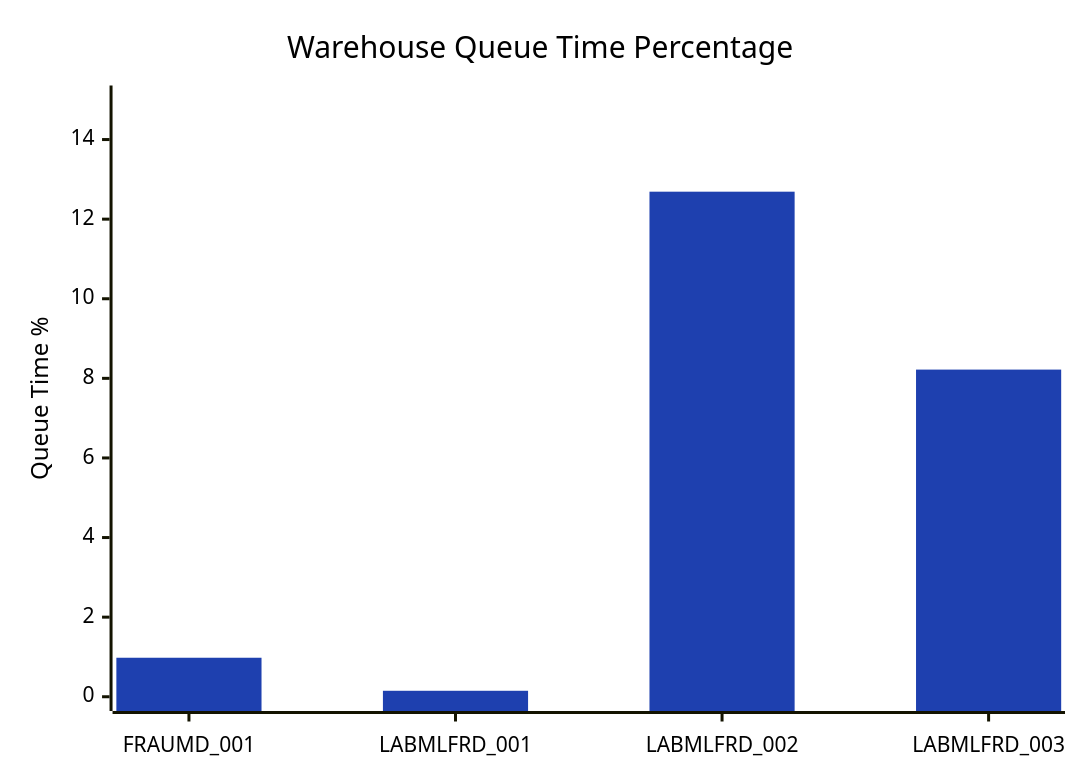
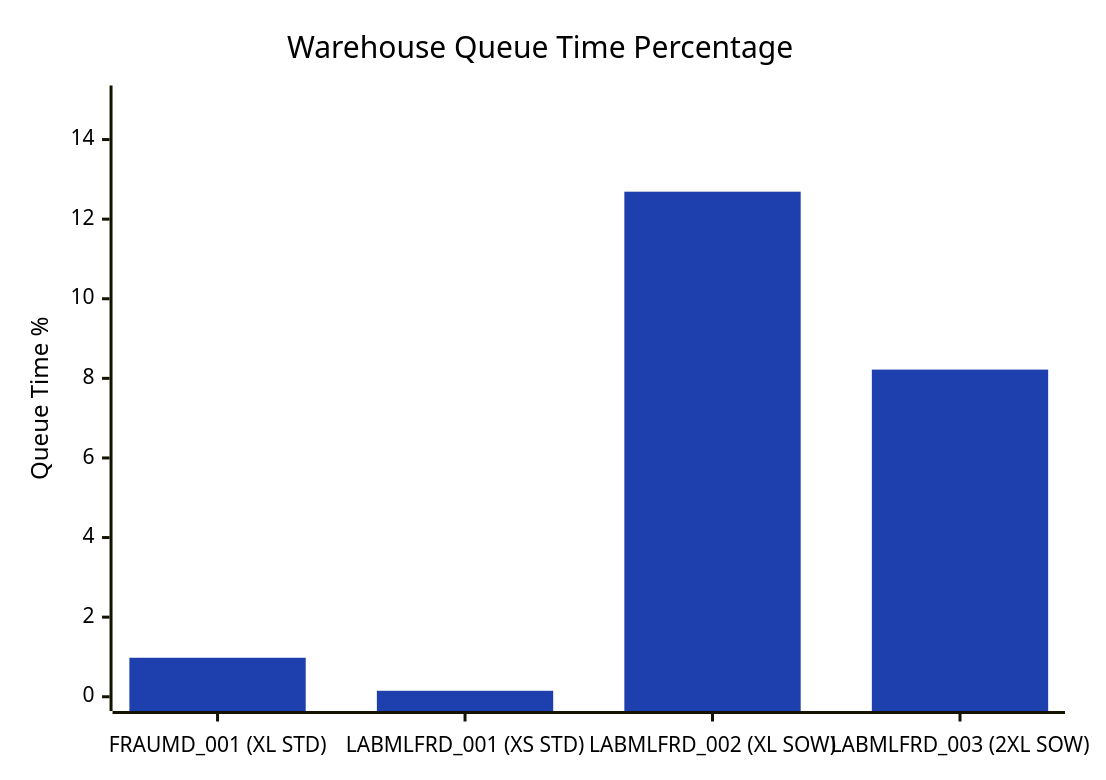
The first of 9 diagrams in WH Analysis/FRAUMD_Warehouse_Analysis_Guide.md (sfc-gh-mhindi/REPO_CBA), drawn with Mermaid before and after one commit. The commit also changed other lines of this file, not shown here.

````diff
--- a/WH Analysis/FRAUMD_Warehouse_Analysis_Guide.md
+++ b/WH Analysis/FRAUMD_Warehouse_Analysis_Guide.md
@@ -79,8 +79,8 @@
 ```mermaid
 %%{init: {'theme':'base', 'themeVariables': { 'primaryColor': '#1e40af', 'primaryTextColor': '#000000', 'primaryBorderColor': '#1e3a8a', 'lineColor': '#000000', 'secondaryColor': '#059669', 'tertiaryColor': '#f8fafc', 'background': '#ffffff', 'fontFamily': 'Arial', 'xyChart': {'backgroundColor': '#ffffff', 'titleColor': '#000000', 'xAxisTitleColor': '#000000', 'xAxisLabelColor': '#000000', 'yAxisTitleColor': '#000000', 'yAxisLabelColor': '#000000', 'plotColorPalette': '#1e40af,#7c3aed,#dc2626,#059669,#ea580c'}}}}%%
 xychart-beta
     title "Warehouse Queue Time Percentage"
-    x-axis [FRAUMD_001, LABMLFRD_001, LABMLFRD_002, LABMLFRD_003]
+    x-axis ["FRAUMD_001 (XL STD)", "LABMLFRD_001 (XS STD)", "LABMLFRD_002 (XL SOW)", "LABMLFRD_003 (2XL SOW)"]
     y-axis "Queue Time %" 0 --> 15
     bar "Queue %" [0.98, 0.15, 12.69, 8.22]
 ```
````
